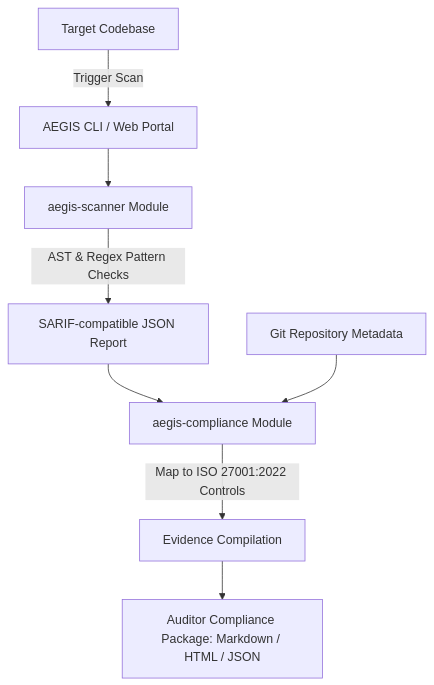
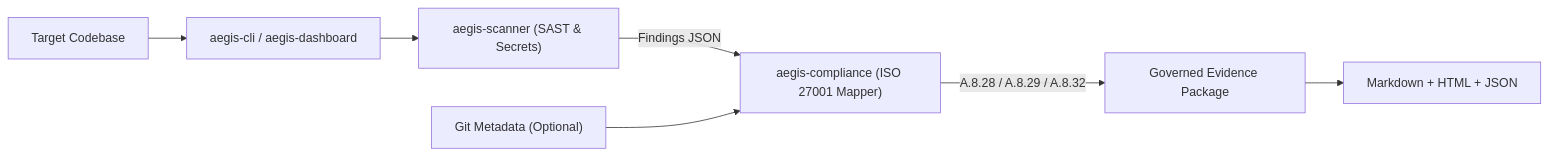
The diagram in README.md (nickmountlion/aegis), drawn with Mermaid before and after one commit. The commit also changed other lines of this file and 1 other file, not shown here.

Commit message:
docs: reposition README as governed AI SecOps platform and add SECURITY.md

````diff
--- a/README.md
+++ b/README.md
@@ -25,12 +15,9 @@
 ```mermaid
-graph TD
-    A[Target Codebase] -->|Trigger Scan| B[AEGIS CLI / Web Portal]
-    B --> C[aegis-scanner Module]
-    C -->|AST & Regex Pattern Checks| D[SARIF-compatible JSON Report]
-    
-    D --> E[aegis-compliance Module]
-    F[Git Repository Metadata] --> E
-    
-    E -->|Map to ISO 27001:2022 Controls| G[Evidence Compilation]
-    G --> H[Auditor Compliance Package: Markdown / HTML / JSON]
+flowchart LR
+    Repo["Target Codebase"] --> Entry["aegis-cli / aegis-dashboard"]
+    Entry --> Scan["aegis-scanner (SAST & Secrets)"]
+    Scan -->|"Findings JSON"| Map["aegis-compliance (ISO 27001 Mapper)"]
+    Git["Git Metadata (Optional)"] --> Map
+    Map -->|"A.8.28 / A.8.29 / A.8.32"| Gov["Governed Evidence Package"]
+    Gov --> Out["Markdown + HTML + JSON"]
 ```
````
